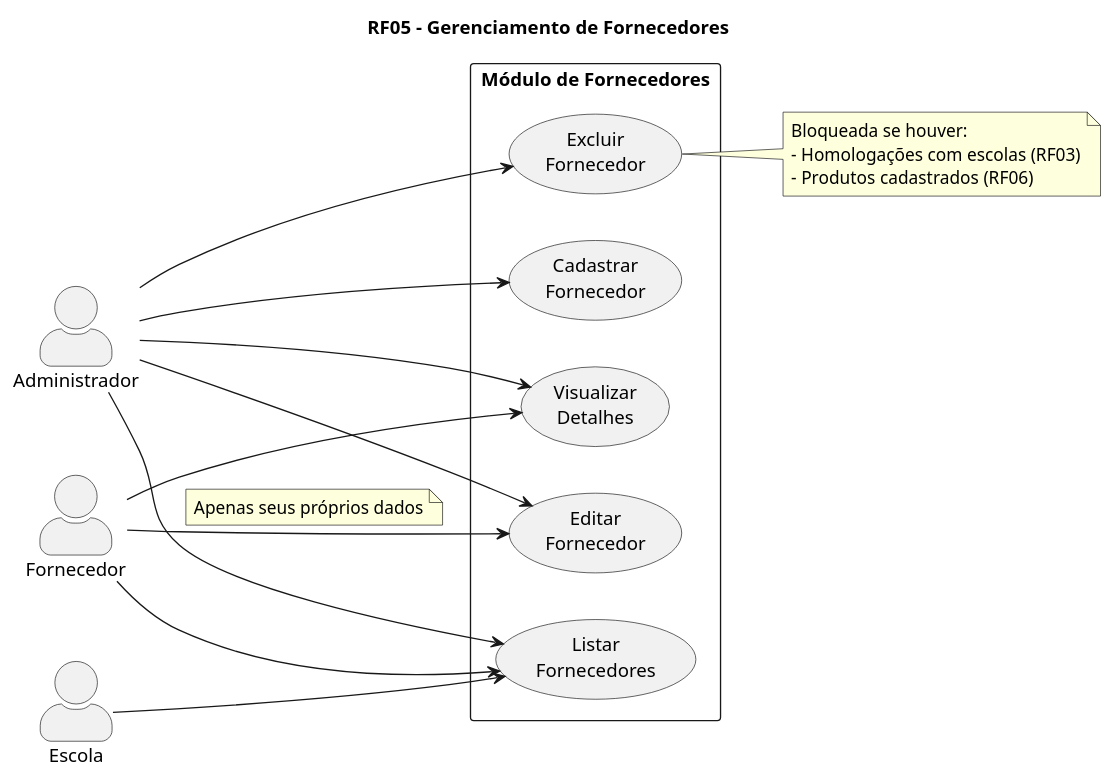
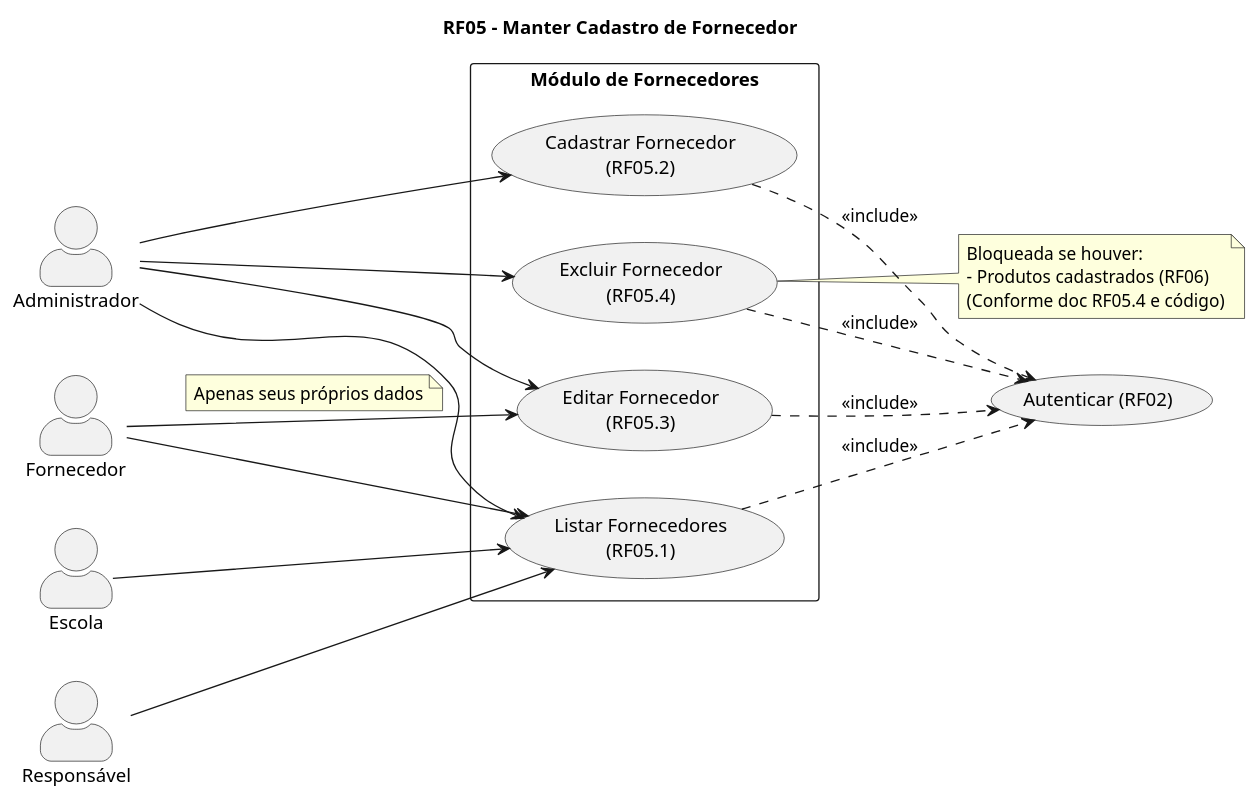
The diagram in diagrams/modulo-fornecedores.puml (murs77r/conecta-uniforme), drawn with PlantUML before and after one commit. The commit also changed 11 other files, not shown here.

```diff
--- a/diagrams/modulo-fornecedores.puml
+++ b/diagrams/modulo-fornecedores.puml
@@ -1,48 +1,50 @@
 @startuml
-' RF05 - Gerenciamento de Fornecedores
+' RF05 - Manter Cadastro de Fornecedor
 
 left to right direction
-
 skinparam actorStyle awesome
-
-title RF05 - Gerenciamento de Fornecedores
+title RF05 - Manter Cadastro de Fornecedor
 
 actor Administrador
+actor Fornecedor
+actor Escola
+actor Responsável
 
-actor Fornecedor
-
-actor Escola
+usecase "Autenticar (RF02)" as RF02
 
 rectangle "Módulo de Fornecedores" {
-    usecase "Cadastrar\nFornecedor" as UC05_1
-    usecase "Listar\nFornecedores" as UC05_2
-    usecase "Visualizar\nDetalhes" as UC05_3
-    usecase "Editar\nFornecedor" as UC05_4
-    usecase "Excluir\nFornecedor" as UC05_5
+    usecase "Listar Fornecedores\n(RF05.1)" as UC05_1
+    usecase "Cadastrar Fornecedor\n(RF05.2)" as UC05_2
+    usecase "Editar Fornecedor\n(RF05.3)" as UC05_3
+    usecase "Excluir Fornecedor\n(RF05.4)" as UC05_4
 }
 
 ' Administrador - controle total
 Administrador --> UC05_1
 Administrador --> UC05_2
 Administrador --> UC05_3
 Administrador --> UC05_4
-Administrador --> UC05_5
 
 ' Fornecedor - autogestão
-Fornecedor --> UC05_2
+Fornecedor --> UC05_1
 Fornecedor --> UC05_3
-Fornecedor --> UC05_4
 note on link
   Apenas seus próprios dados
 end note
 
-' Escola - visualiza para homologação
-Escola --> UC05_2
+' Escola e Responsável - visualização
+Escola --> UC05_1
+Responsável --> UC05_1
 
-note right of UC05_5
+' Dependência de Autenticação (RF02)
+UC05_1 ..> RF02 : <<include>>
+UC05_2 ..> RF02 : <<include>>
+UC05_3 ..> RF02 : <<include>>
+UC05_4 ..> RF02 : <<include>>
+
+note right of UC05_4
   Bloqueada se houver:
-  - Homologações com escolas (RF03)
   - Produtos cadastrados (RF06)
+  (Conforme doc RF05.4 e código)
 end note
-
 @enduml
```
